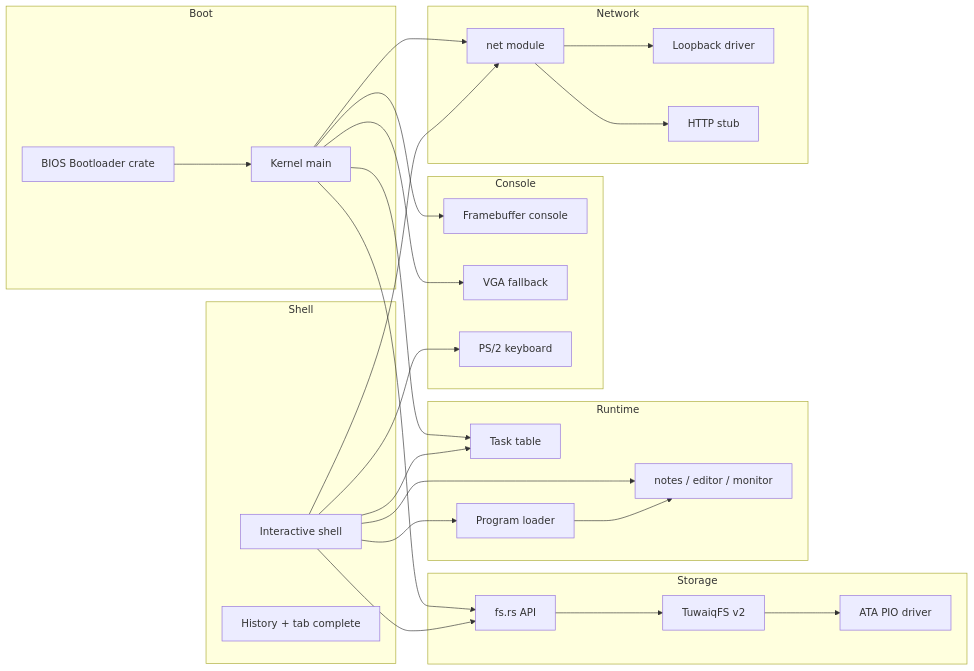
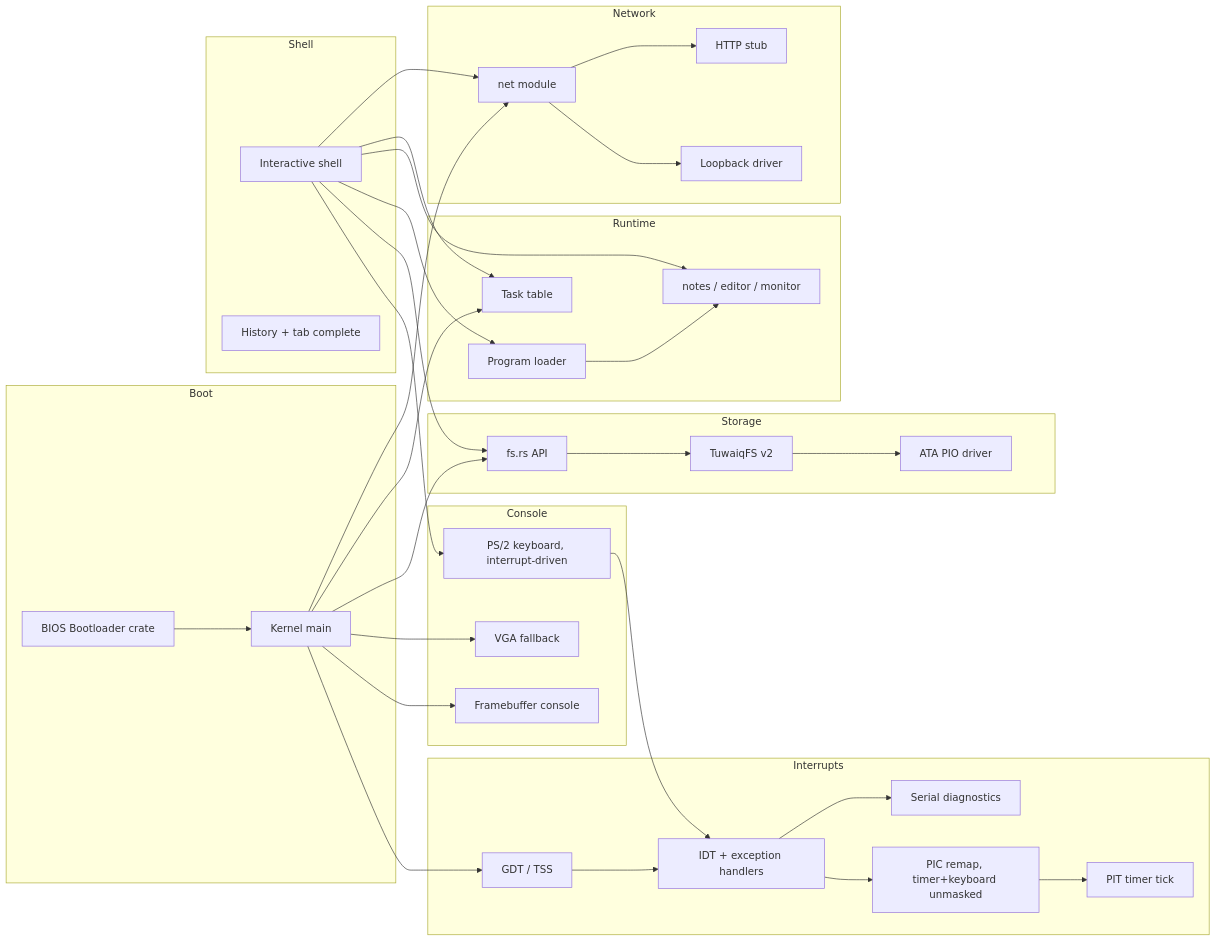
One commit to ShahadAljohani/TuwaiqOS changed the diagram in ARCHITECTURE.md. Above: the diagram before and after it, drawn with Mermaid. The commit also changed other lines of this file and 17 other files, not shown here.

````diff
--- a/ARCHITECTURE.md
+++ b/ARCHITECTURE.md
@@ -7,47 +7,57 @@
 ```mermaid
 flowchart LR
     subgraph Boot
         B[BIOS Bootloader crate]
         K[Kernel main]
     end
+    subgraph Interrupts
+        GDT[GDT / TSS]
+        IDT[IDT + exception handlers]
+        PIC[PIC remap, timer+keyboard unmasked]
+        PIT[PIT timer tick]
+        SER[Serial diagnostics]
+    end
     subgraph Console
         FB[Framebuffer console]
         VGA[VGA fallback]
-        KB[PS/2 keyboard]
+        KB[PS/2 keyboard, interrupt-driven]
     end
     subgraph Shell
         SH[Interactive shell]
         HIST[History + tab complete]
     end
     subgraph Storage
         FS[fs.rs API]
         TQFS[TuwaiqFS v2]
         ATA[ATA PIO driver]
     end
     subgraph Runtime
         TASK[Task table]
         LD[Program loader]
         APPS[notes / editor / monitor]
     end
     subgraph Network
         NET[net module]
         LB[Loopback driver]
         HTTP[HTTP stub]
     end
     B --> K
+    K --> GDT --> IDT --> PIC --> PIT
+    IDT --> SER
     K --> FB
     K --> VGA
     K --> FS
     K --> TASK
     K --> NET
+    KB --> IDT
     SH --> KB
     SH --> FS
     SH --> LD
     SH --> APPS
     SH --> TASK
     SH --> NET
     FS --> TQFS --> ATA
     LD --> APPS
     NET --> LB
     NET --> HTTP
 ```
````
